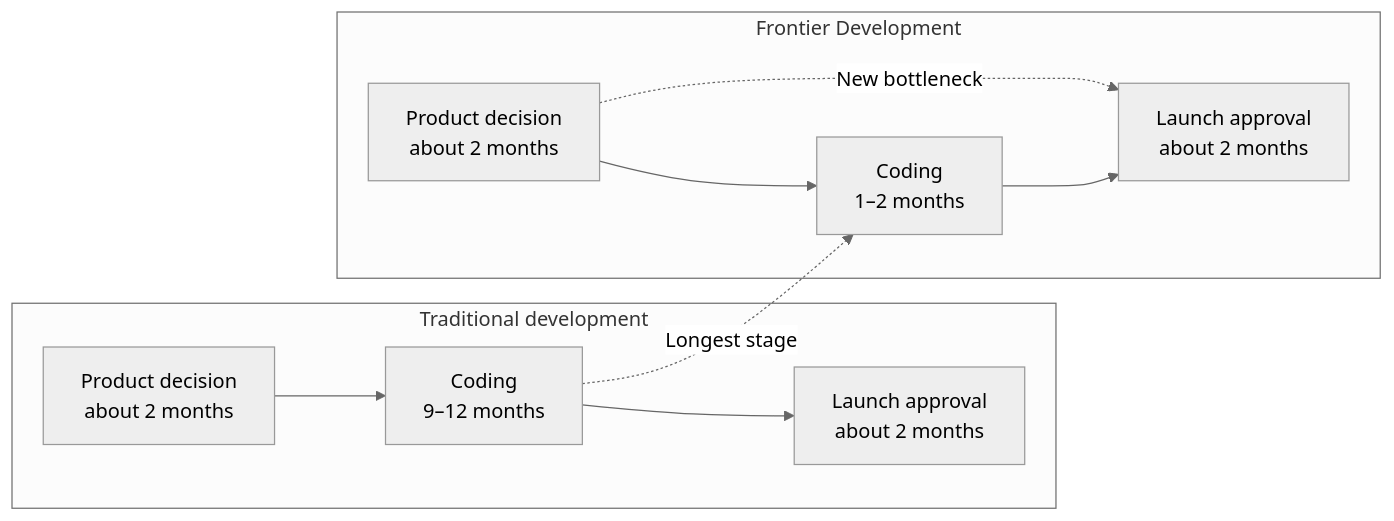
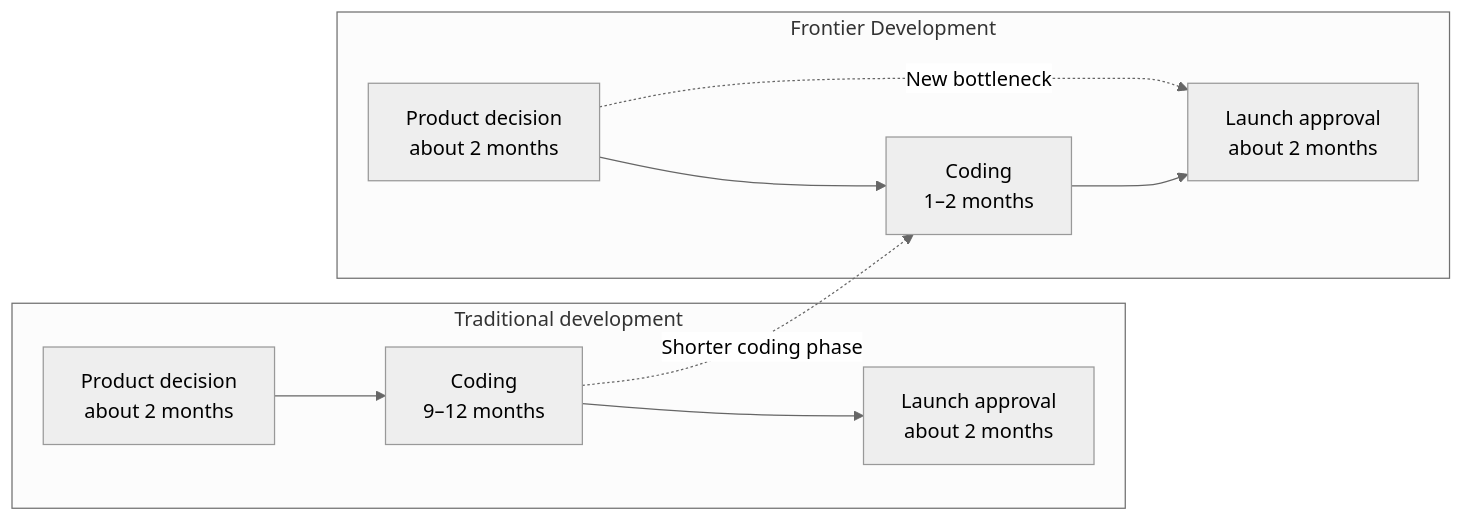
The fourth of 5 diagrams in _en/2026-08-31-frontier-development-habits.md (haandol/haandol.github.com), drawn with Mermaid (neutral theme) before and after one commit. The commit also changed other lines of this file and 8 other files, not shown here.

````diff
--- a/_en/2026-08-31-frontier-development-habits.md
+++ b/_en/2026-08-31-frontier-development-habits.md
@@ -298,15 +282,15 @@
 ```mermaid
 flowchart LR
     subgraph BEFORE["Traditional development"]
         BD["Product decision<br/>about 2 months"] --> BC["Coding<br/>9–12 months"]
         BC --> BL["Launch approval<br/>about 2 months"]
     end
 
     subgraph AFTER["Frontier Development"]
         AD["Product decision<br/>about 2 months"] --> AC["Coding<br/>1–2 months"]
         AC --> AL["Launch approval<br/>about 2 months"]
     end
 
-    BC -. "Longest stage" .-> AC
+    BC -. "Shorter coding phase" .-> AC
     AD -. "New bottleneck" .-> AL
 ```
````
